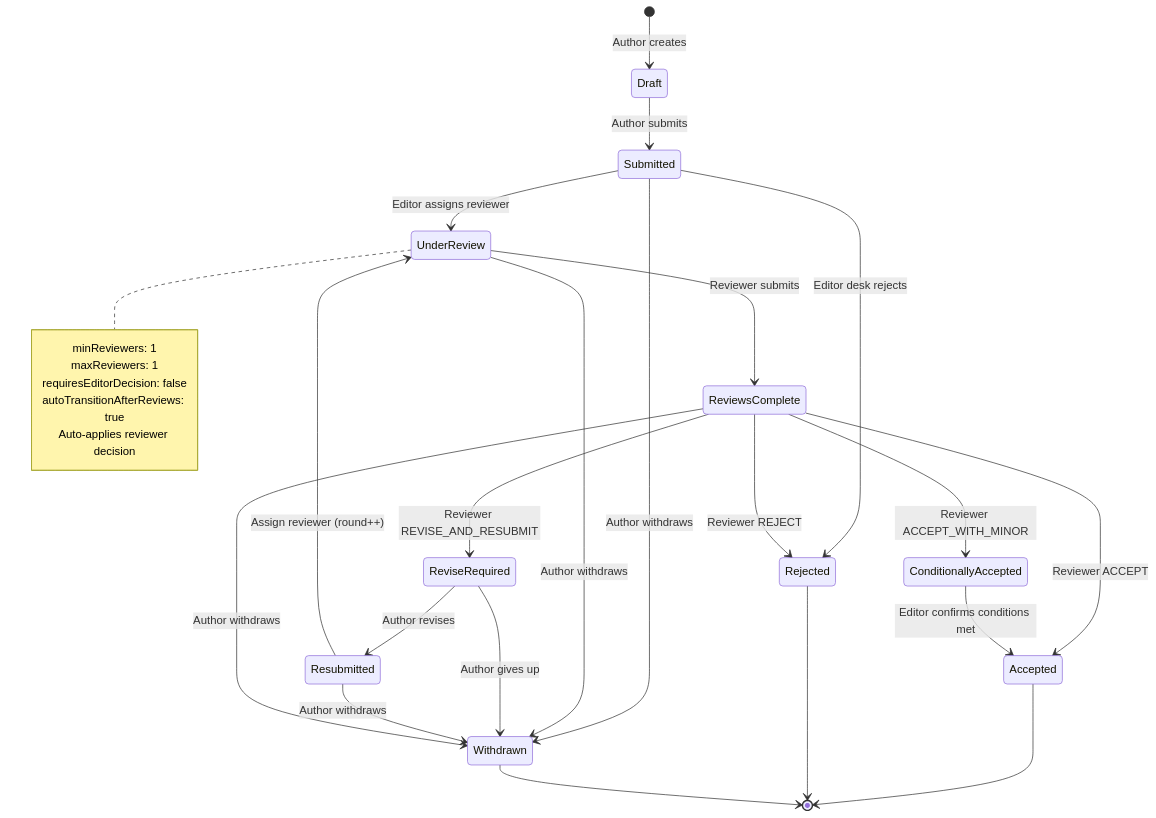
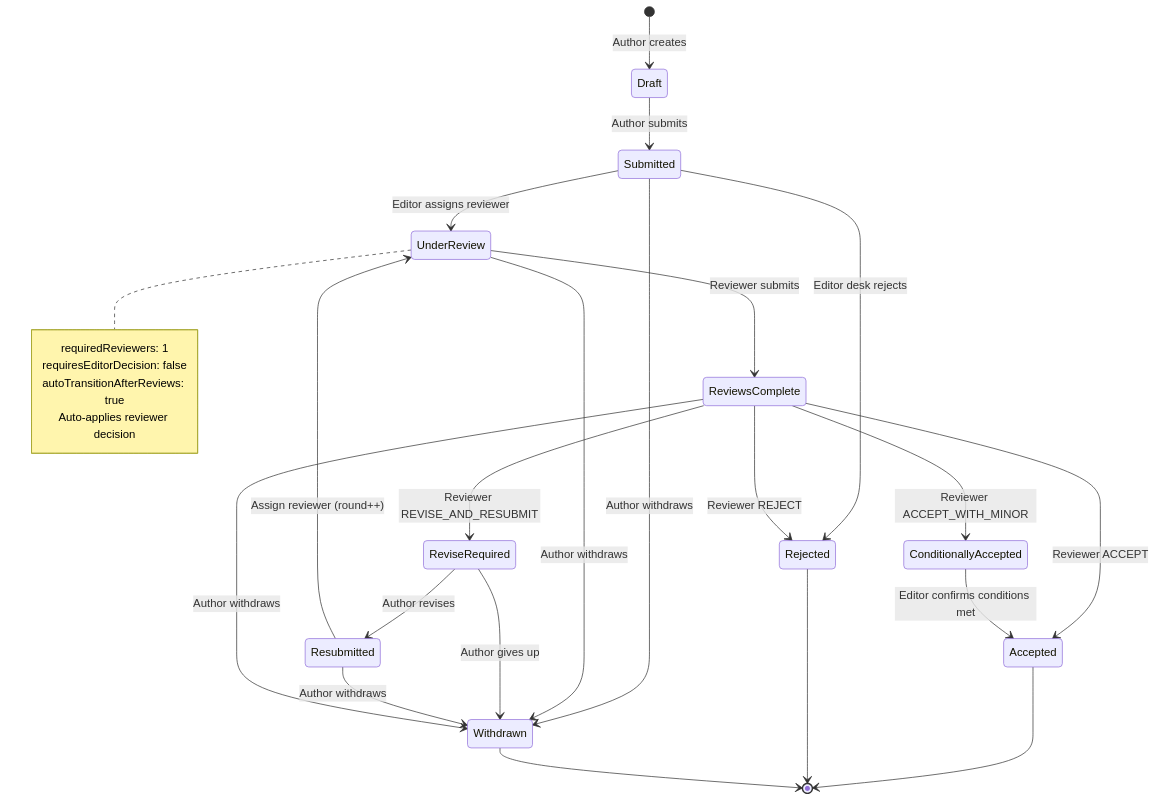
One commit to unlimited-labs/suberus changed the first of 5 diagrams in WORKFLOW.md. Above: the diagram before and after it, drawn with Mermaid. The commit also changed other lines of this file and 17 other files, not shown here.

First line of the commit message:
refactor: replace minReviewers/maxReviewers with requiredReviewers

````diff
--- a/WORKFLOW.md
+++ b/WORKFLOW.md
@@ -25,38 +25,37 @@
 ```mermaid
 stateDiagram-v2
     [*] --> Draft: Author creates
     Draft --> Submitted: Author submits
     Submitted --> UnderReview: Editor assigns reviewer
     Submitted --> Rejected: Editor desk rejects
     Submitted --> Withdrawn: Author withdraws
 
     UnderReview --> ReviewsComplete: Reviewer submits
     UnderReview --> Withdrawn: Author withdraws
 
     ReviewsComplete --> Accepted: Reviewer ACCEPT
     ReviewsComplete --> ConditionallyAccepted: Reviewer ACCEPT_WITH_MINOR
     ReviewsComplete --> ReviseRequired: Reviewer REVISE_AND_RESUBMIT
     ReviewsComplete --> Rejected: Reviewer REJECT
 
     ReviseRequired --> Resubmitted: Author revises
     ReviseRequired --> Withdrawn: Author gives up
 
     Resubmitted --> UnderReview: Assign reviewer (round++)
     Resubmitted --> Withdrawn: Author withdraws
 
     ReviewsComplete --> Withdrawn: Author withdraws
 
     ConditionallyAccepted --> Accepted: Editor confirms conditions met
 
     Accepted --> [*]
     Rejected --> [*]
     Withdrawn --> [*]
 
     note right of UnderReview
-        minReviewers: 1
-        maxReviewers: 1
+        requiredReviewers: 1
         requiresEditorDecision: false
         autoTransitionAfterReviews: true
         Auto-applies reviewer decision
     end note
 ```
````
